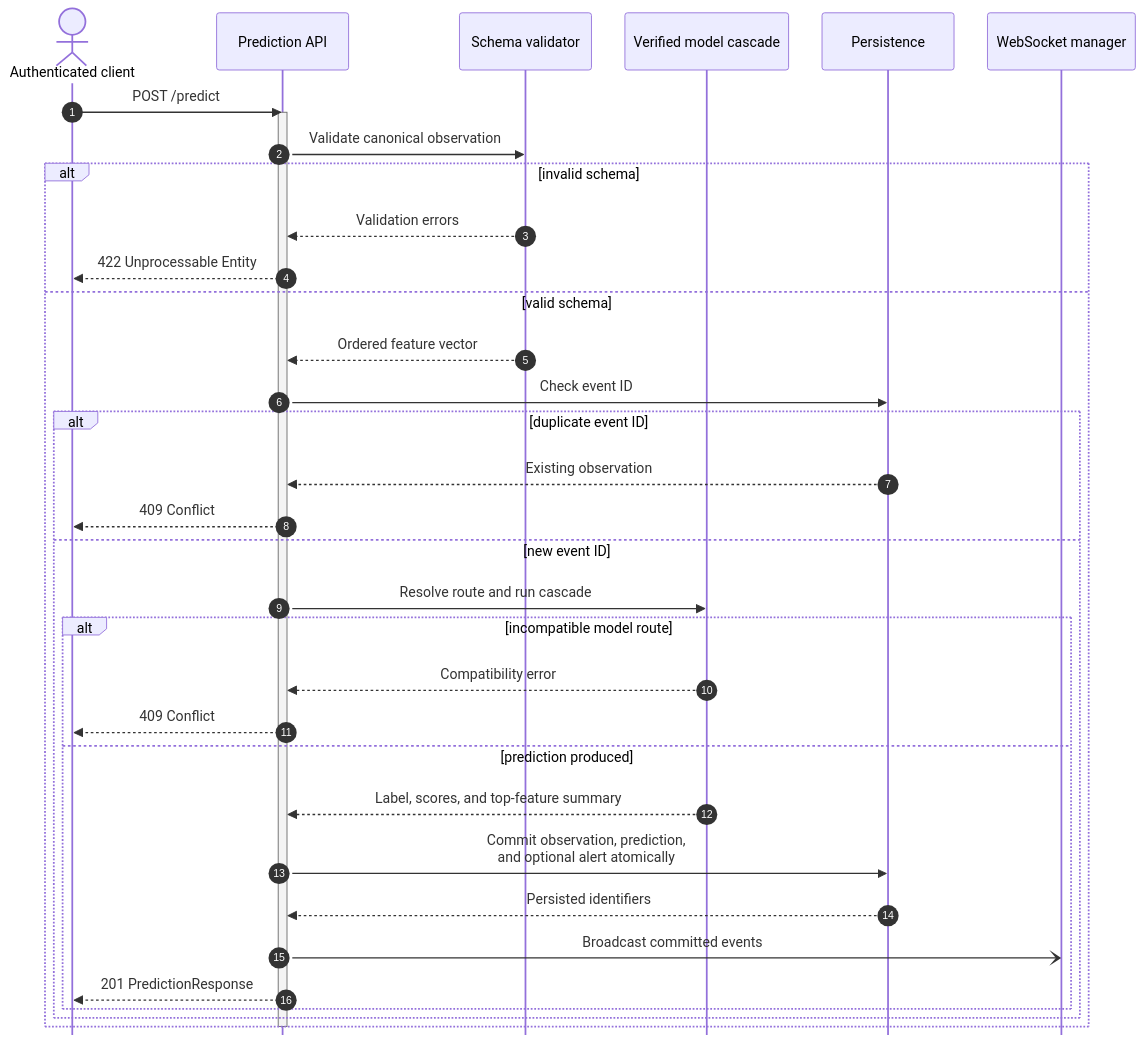
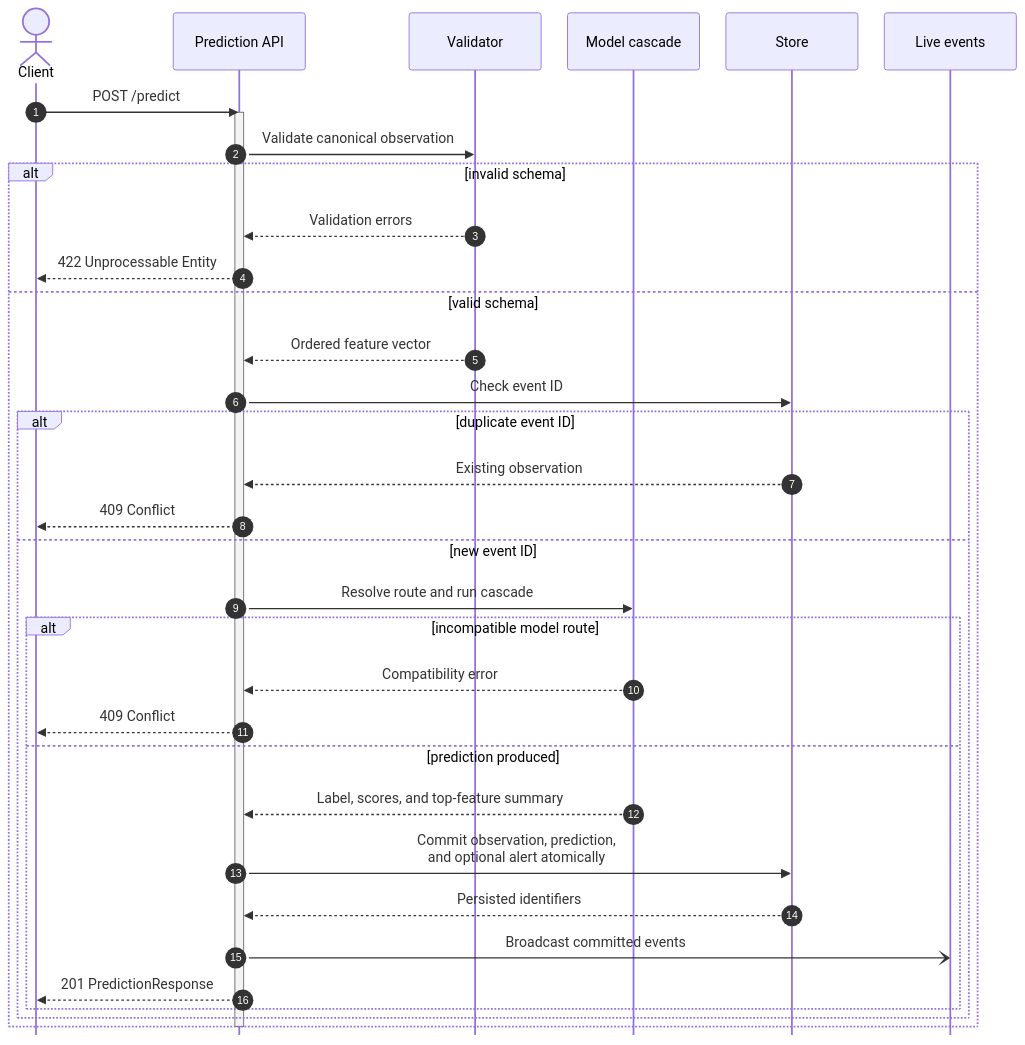
The diagram in diagrams/07-synchronous-prediction-sequence.mmd (ZakariaElKhaldi/4iir-sr), drawn with Mermaid before and after one commit. The commit also changed 37 other files, not shown here.

Commit message:
diagrames

```diff
--- a/diagrams/07-synchronous-prediction-sequence.mmd
+++ b/diagrams/07-synchronous-prediction-sequence.mmd
@@ -1,43 +1,43 @@
 ---
 config:
   sequence:
     mirrorActors: false
-    actorMargin: 38
+    actorMargin: 30
     messageMargin: 24
 ---
 sequenceDiagram
     autonumber
-    actor Client as Authenticated client
+    actor Client
     participant API as Prediction API
-    participant Schema as Schema validator
-    participant Models as Verified model cascade
-    participant DB as Persistence
-    participant Live as WebSocket manager
+    participant Schema as Validator
+    participant Models as Model cascade
+    participant DB as Store
+    participant Live as Live events
 
     Client->>API: POST /predict
     activate API
     API->>Schema: Validate canonical observation
     alt invalid schema
         Schema-->>API: Validation errors
         API-->>Client: 422 Unprocessable Entity
     else valid schema
         Schema-->>API: Ordered feature vector
         API->>DB: Check event ID
         alt duplicate event ID
             DB-->>API: Existing observation
             API-->>Client: 409 Conflict
         else new event ID
             API->>Models: Resolve route and run cascade
             alt incompatible model route
                 Models-->>API: Compatibility error
                 API-->>Client: 409 Conflict
             else prediction produced
                 Models-->>API: Label, scores, and top-feature summary
                 API->>DB: Commit observation, prediction,<br/>and optional alert atomically
                 DB-->>API: Persisted identifiers
                 API-)Live: Broadcast committed events
                 API-->>Client: 201 PredictionResponse
             end
         end
     end
     deactivate API
```
